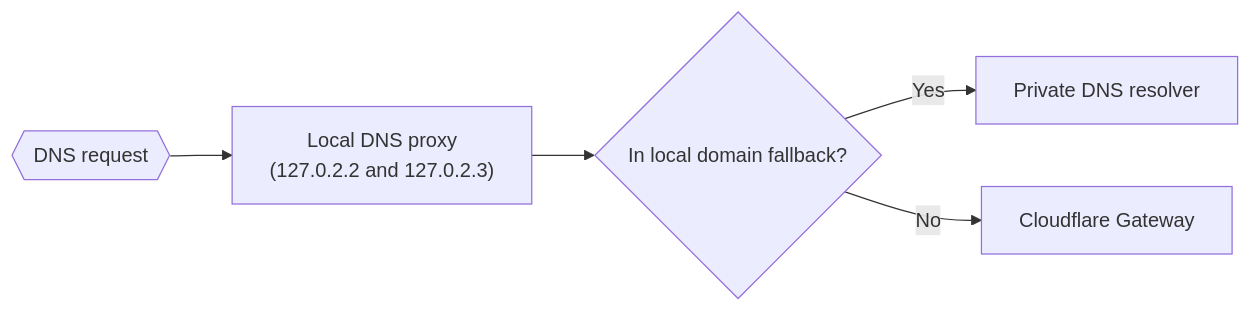
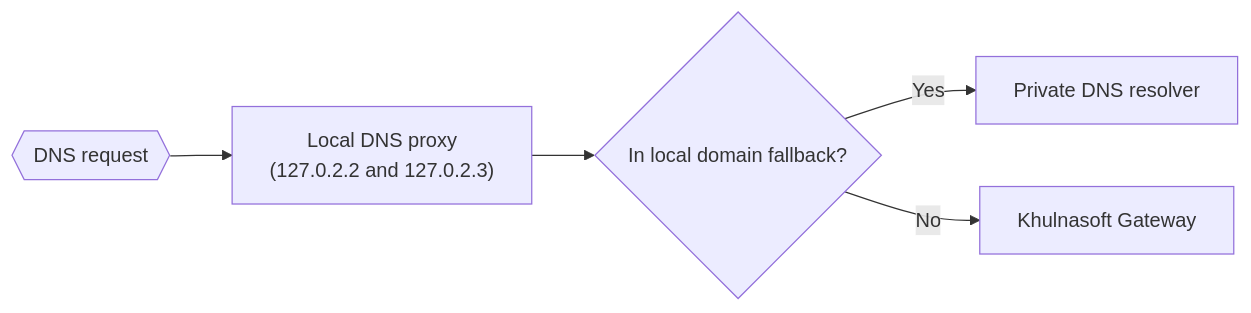
Before and after one commit to NxPKG/khulnasoft-docs: the second of 3 diagrams in content/cloudflare-one/connections/connect-devices/warp/configure-warp/route-traffic/warp-architecture.md, drawn with Mermaid. The commit also changed other lines of this file and 2914 other files, not shown here.

````diff
--- a/content/cloudflare-one/connections/connect-devices/warp/configure-warp/route-traffic/warp-architecture.md
+++ b/content/cloudflare-one/connections/connect-devices/warp/configure-warp/route-traffic/warp-architecture.md
@@ -71,6 +71,6 @@
 ```mermaid
 flowchart LR
 D{{DNS request}}-->L["Local DNS proxy <br> (127.0.2.2 and 127.0.2.3)"]-->R{In local domain fallback?}
 R -- Yes --> F[Private DNS resolver]
-R -- No --> G[Cloudflare Gateway]
+R -- No --> G[Khulnasoft Gateway]
 ```
````
